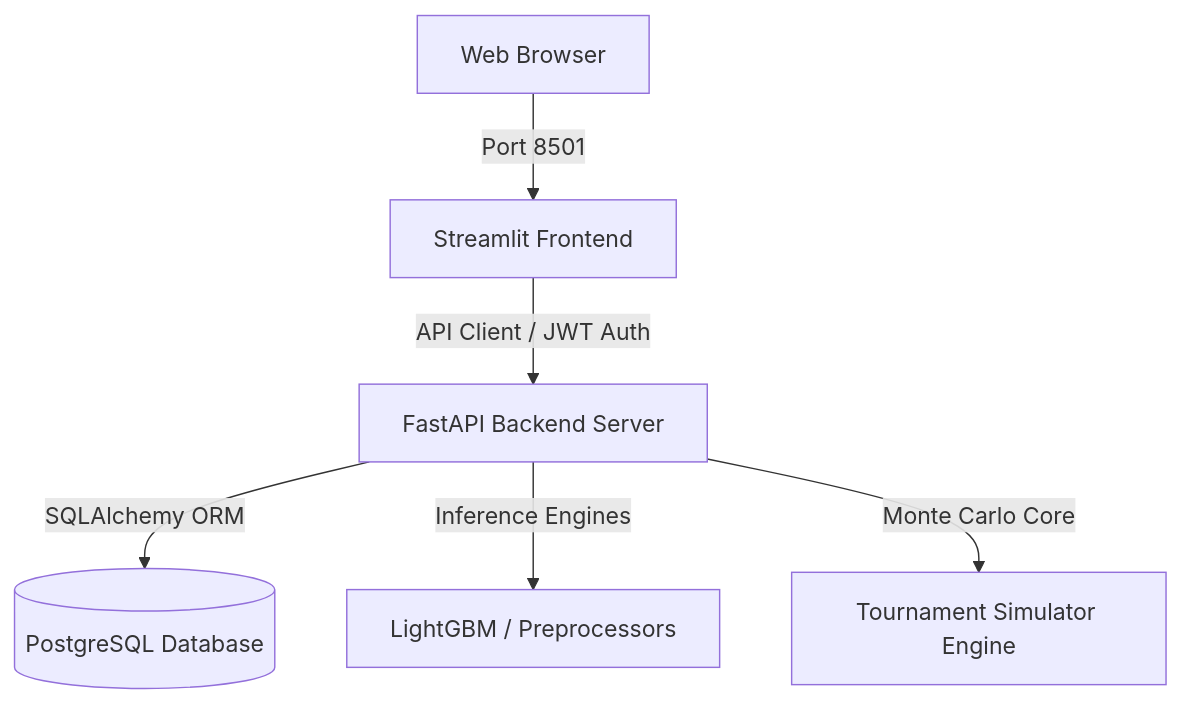
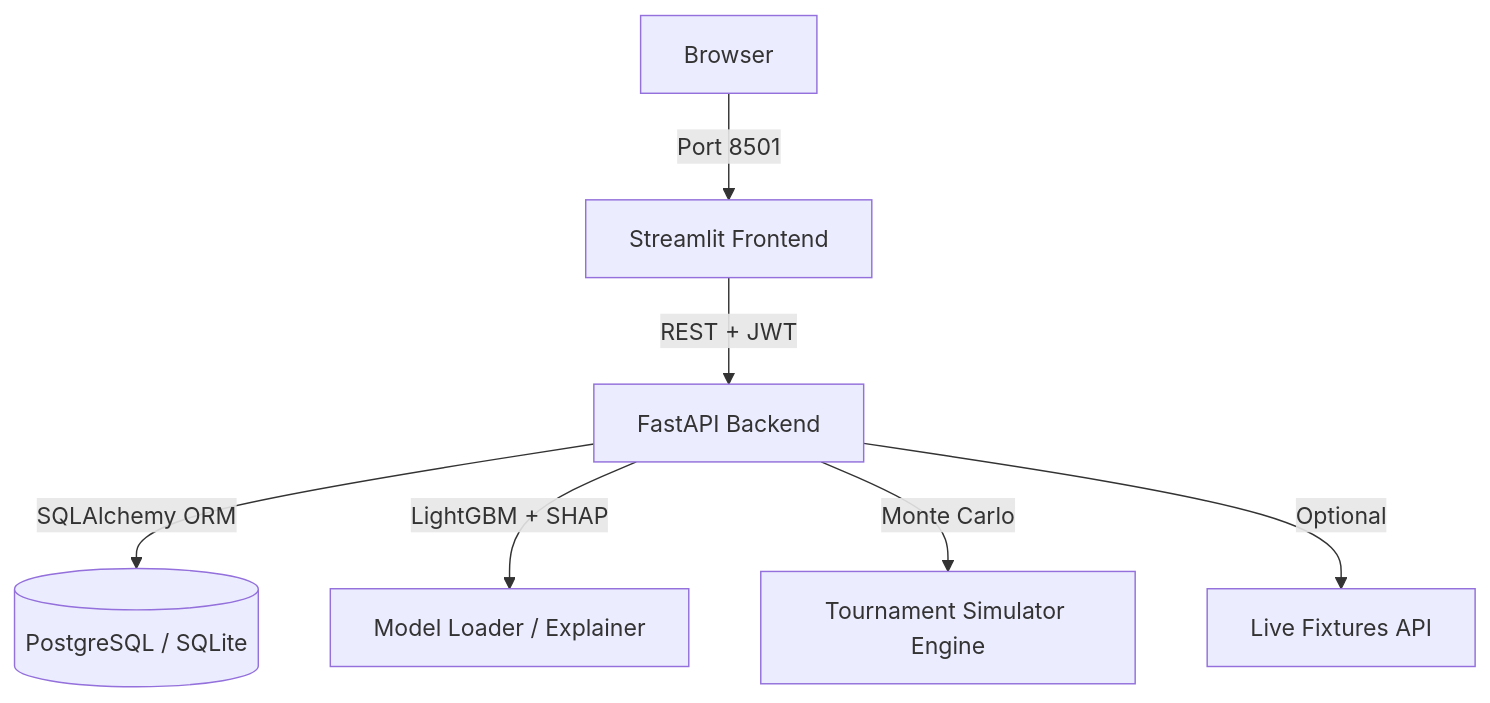
Before and after one commit to Farhan3376/FIFA-WORLD-CUP-2026-PREDICTION: the diagram in README.md, drawn with Mermaid. The commit also changed other lines of this file, not shown here.

````diff
--- a/README.md
+++ b/README.md
@@ -11,8 +20,9 @@
 ```mermaid
 graph TD
-    User[Web Browser] -->|Port 8501| Streamlit[Streamlit Frontend]
-    Streamlit -->|API Client / JWT Auth| FastAPI[FastAPI Backend Server]
-    FastAPI -->|SQLAlchemy ORM| Postgres[(PostgreSQL Database)]
-    FastAPI -->|Inference Engines| ML[LightGBM / Preprocessors]
-    FastAPI -->|Monte Carlo Core| Sim[Tournament Simulator Engine]
+    User[Browser] -->|Port 8501| Streamlit[Streamlit Frontend]
+    Streamlit -->|REST + JWT| FastAPI[FastAPI Backend]
+    FastAPI -->|SQLAlchemy ORM| DB[(PostgreSQL / SQLite)]
+    FastAPI -->|LightGBM + SHAP| ML[Model Loader / Explainer]
+    FastAPI -->|Monte Carlo| Sim[Tournament Simulator Engine]
+    FastAPI -->|Optional| Live[Live Fixtures API]
 ```
````
